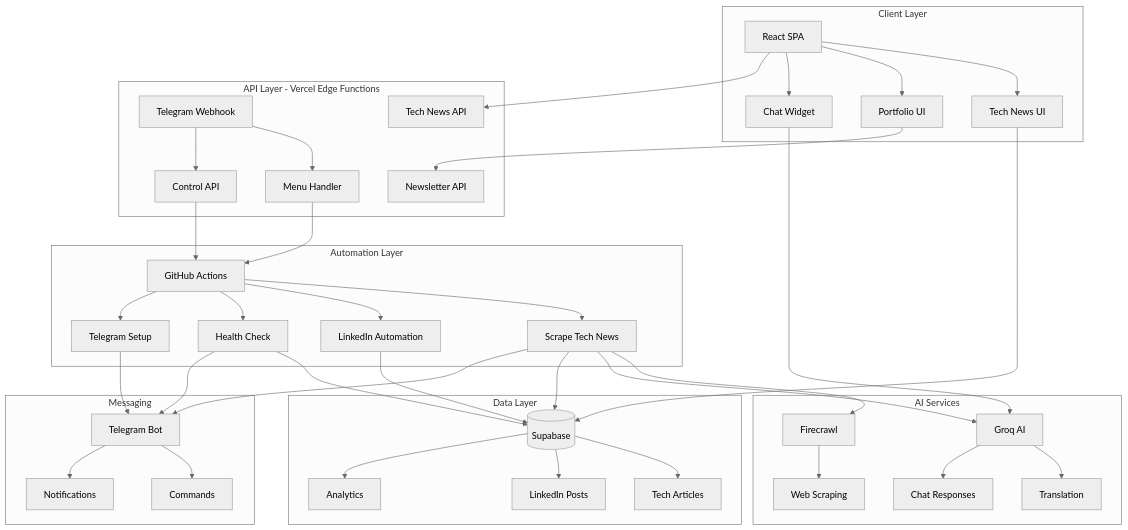
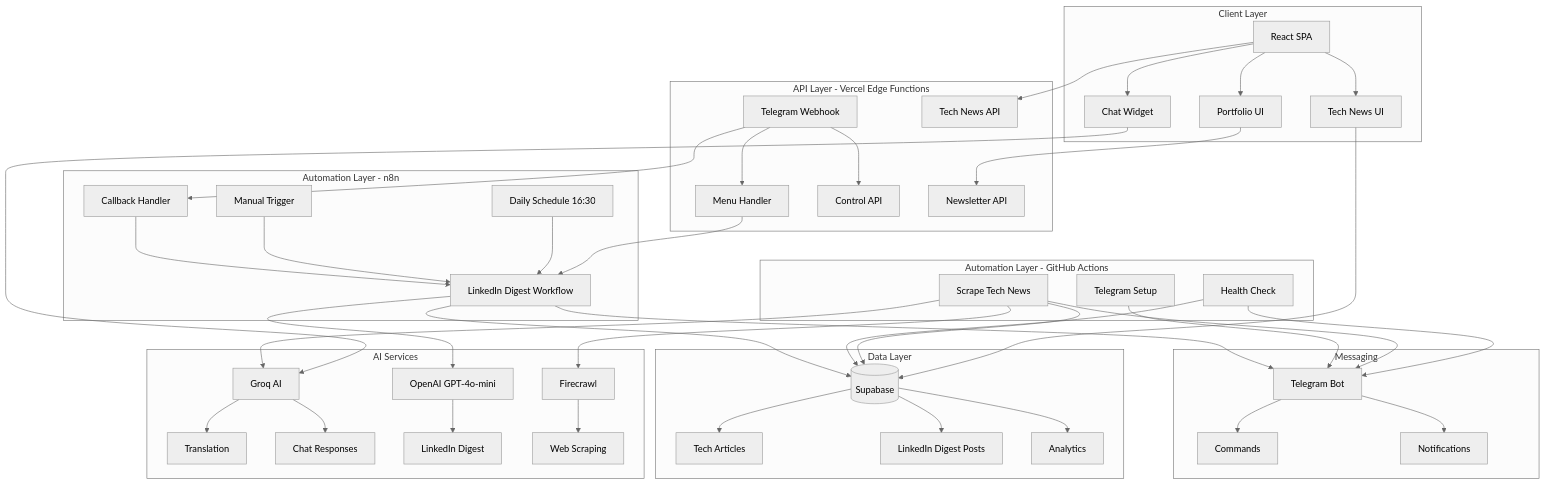
Before and after one commit to CemRoot/My-Site: the diagram in README.md, drawn with Mermaid (neutral theme). The commit also changed other lines of this file, not shown here.

First line of the commit message:
docs: Update README with LinkedIn Digest System v2.1.0

````diff
--- a/README.md
+++ b/README.md
@@ -129,54 +129,66 @@
 ```mermaid
 graph TB
     subgraph "Client Layer"
         A[React SPA] --> B[Tech News UI]
         A --> C[Portfolio UI]
         A --> D[Chat Widget]
     end
     
     subgraph "API Layer - Vercel Edge Functions"
         E[Telegram Webhook] --> F[Menu Handler]
         E --> G[Control API]
         H[Newsletter API]
         I[Tech News API]
     end
     
-    subgraph "Automation Layer"
-        J[GitHub Actions] --> K[Scrape Tech News]
-        J --> L[LinkedIn Automation]
-        J --> M[Health Check]
-        J --> N[Telegram Setup]
+    subgraph "Automation Layer - GitHub Actions"
+        J[Scrape Tech News]
+        K[Health Check]
+        L[Telegram Setup]
+    end
+    
+    subgraph "Automation Layer - n8n"
+        M[LinkedIn Digest Workflow]
+        M1[Daily Schedule 16:30]
+        M2[Manual Trigger]
+        M3[Callback Handler]
     end
     
     subgraph "AI Services"
-        O[Groq AI] --> P[Translation]
-        O --> Q[Chat Responses]
-        R[Firecrawl] --> S[Web Scraping]
+        N[Groq AI] --> O[Translation]
+        N --> P[Chat Responses]
+        Q[OpenAI GPT-4o-mini] --> R[LinkedIn Digest]
+        S[Firecrawl] --> T[Web Scraping]
     end
     
     subgraph "Data Layer"
-        T[(Supabase)] --> U[Tech Articles]
-        T --> V[LinkedIn Posts]
-        T --> W[Analytics]
+        U[(Supabase)] --> V[Tech Articles]
+        U --> W[LinkedIn Digest Posts]
+        U --> X[Analytics]
     end
     
     subgraph "Messaging"
-        X[Telegram Bot] --> Y[Commands]
-        X --> Z[Notifications]
+        Y[Telegram Bot] --> Z[Commands]
+        Y --> AA[Notifications]
     end
     
     A --> I
-    B --> T
+    B --> U
     C --> H
-    D --> O
-    F --> J
-    G --> J
-    K --> R
-    K --> O
-    K --> T
-    L --> T
-    M --> T
-    M --> X
-    K --> X
-    N --> X
+    D --> N
+    F --> M
+    E --> M3
+    J --> S
+    J --> N
+    J --> U
+    K --> U
+    K --> Y
+    J --> Y
+    L --> Y
+    M --> U
+    M --> Q
+    M --> Y
+    M1 --> M
+    M2 --> M
+    M3 --> M
 ```
````
